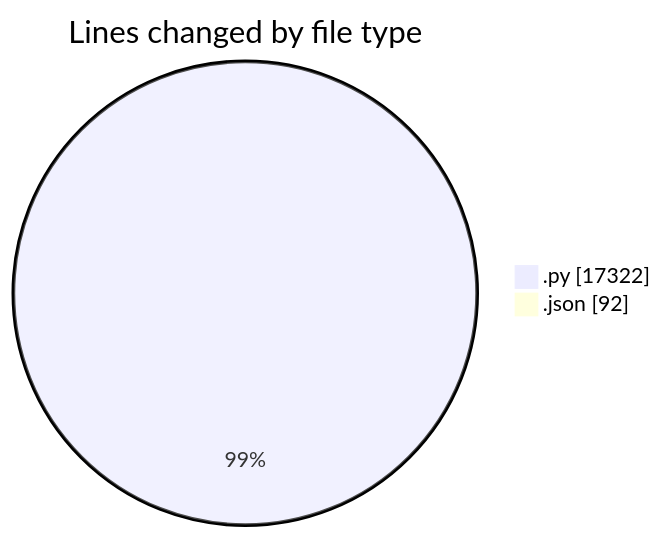
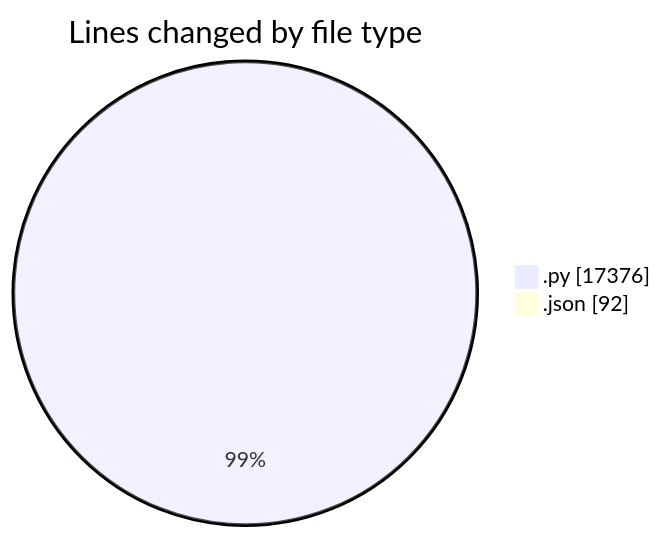
The first of 2 diagrams in 2025-07-13/telebot/README.md (jrari/code-tracking), drawn with Mermaid before and after one commit. The commit also changed other lines of this file and 1 other file, not shown here.

````diff
--- a/2025-07-13/telebot/README.md
+++ b/2025-07-13/telebot/README.md
@@ -46,6 +46,6 @@
 ```mermaid
 pie showData
 title Lines changed by file type
-".py" : 17322
+".py" : 17376
 ".json" : 92
 ```
````
